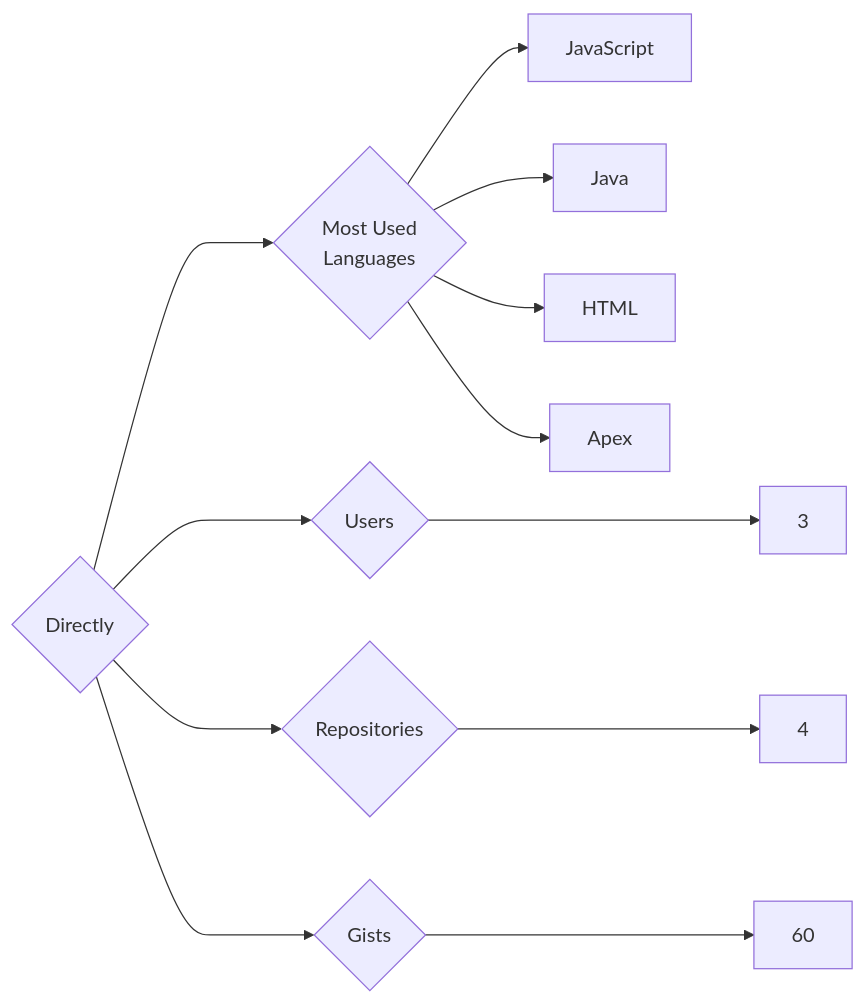
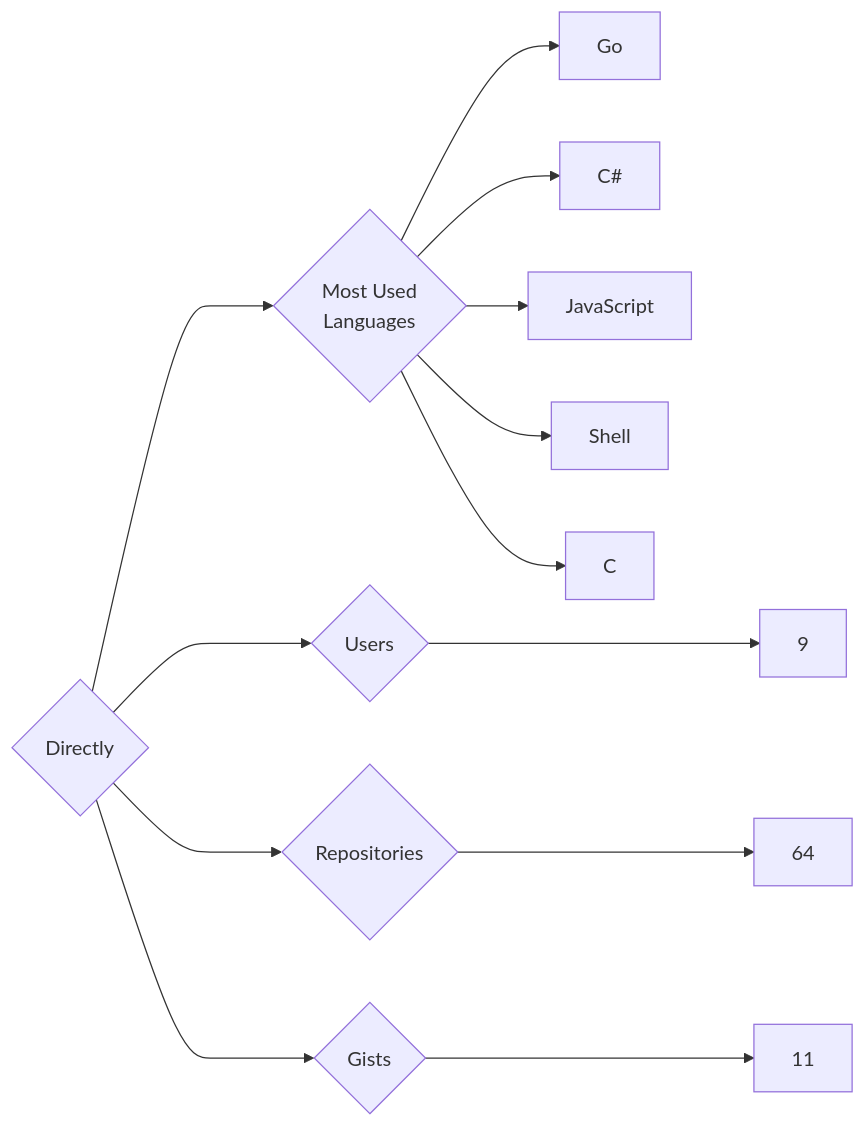
Before and after one commit to trickest/insiders: the diagram in targets/Directly/README.md, drawn with Mermaid. The commit also changed 873 other files, not shown here.

````diff
--- a/targets/Directly/README.md
+++ b/targets/Directly/README.md
@@ -3,12 +3,13 @@
 ```mermaid
 graph LR
 COMPANY_NAME{Directly}
-COMPANY_NAME ---> U{Users} ---> UN[3]
-COMPANY_NAME ---> R{Repositories} ---> RN[4]
-COMPANY_NAME ---> G{Gists} ---> GN[60]
+COMPANY_NAME ---> U{Users} ---> UN[9]
+COMPANY_NAME ---> R{Repositories} ---> RN[64]
+COMPANY_NAME ---> G{Gists} ---> GN[11]
 COMPANY_NAME ---> ML{Most Used<br>Languages}
+ML --> Go[Go]
+ML --> C#[C#]
 ML --> JavaScript[JavaScript]
-ML --> Java[Java]
-ML --> HTML[HTML]
-ML --> Apex[Apex]
+ML --> Shell[Shell]
+ML --> C[C]
 ```
````
